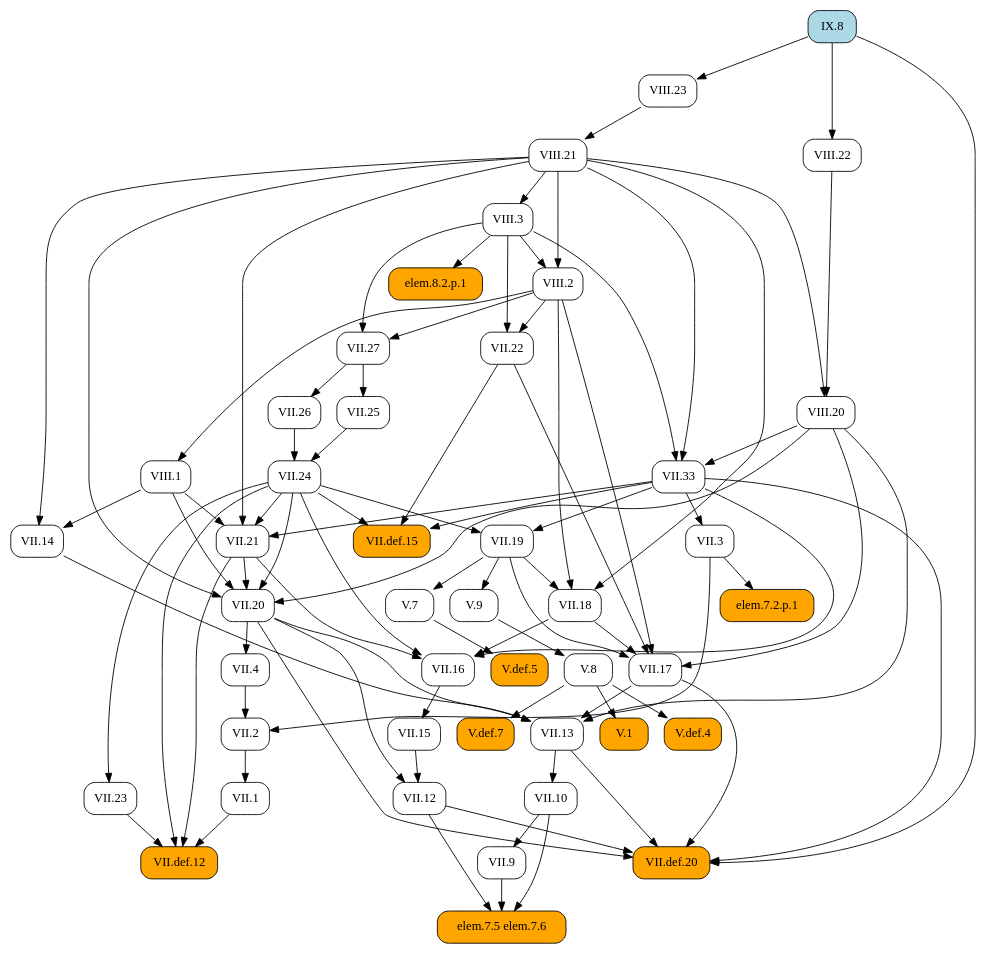
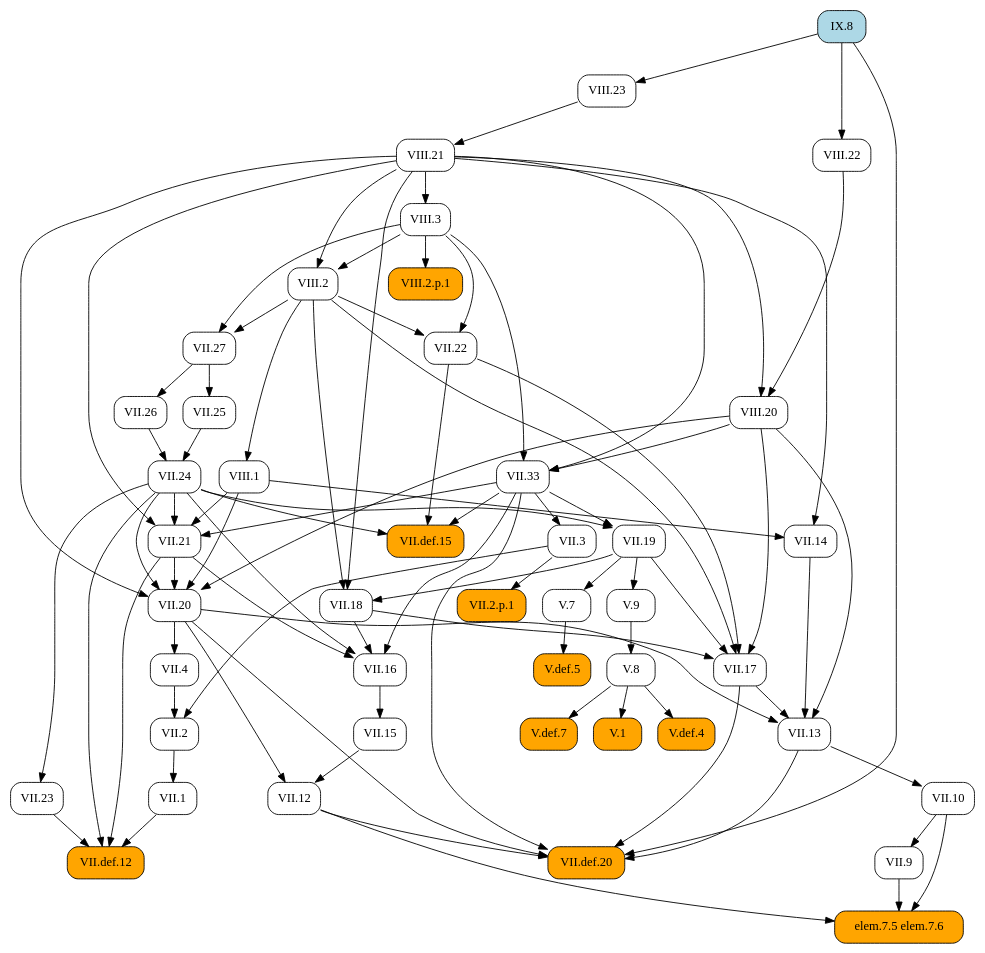
One commit to geometor/elements changed the diagram in docsrc/heath/IX/8/index.rst. Above: the diagram before and after it, drawn with Graphviz. The commit also changed 484 other files, not shown here.

```diff
--- a/docsrc/heath/IX/8/index.rst
+++ b/docsrc/heath/IX/8/index.rst
@@ -54,133 +54,133 @@
    digraph {
      rankdir="TB";
      node [shape=box, style=rounded];
-     "VII.1" [URL="/heath/VII/1/", target="_top"];
+     "VII.33" [URL="/heath/VII/33/", target="_top"];
+     "VII.12" [URL="/heath/VII/12/", target="_top"];
+     "IX.8" [style="rounded,filled", fillcolor=lightblue, URL="/heath/IX/8/", target="_top"];
+     "elem.7.5 elem.7.6" [style="rounded,filled", fillcolor=orange];
+     "VIII.20" [URL="/heath/VIII/20/", target="_top"];
      "VII.9" [URL="/heath/VII/9/", target="_top"];
+     "VIII.2" [URL="/heath/VIII/2/", target="_top"];
+     "VII.18" [URL="/heath/VII/18/", target="_top"];
+     "VII.16" [URL="/heath/VII/16/", target="_top"];
+     "V.7" [URL="/heath/V/7/", target="_top"];
+     "VII.26" [URL="/heath/VII/26/", target="_top"];
      "V.def.5" [style="rounded,filled", fillcolor=orange, URL="/heath/V/def.5/", target="_top"];
+     "V.9" [URL="/heath/V/9/", target="_top"];
+     "VII.10" [URL="/heath/VII/10/", target="_top"];
+     "VIII.3" [URL="/heath/VIII/3/", target="_top"];
+     "VII.13" [URL="/heath/VII/13/", target="_top"];
      "VIII.23" [URL="/heath/VIII/23/", target="_top"];
+     "VII.def.15" [style="rounded,filled", fillcolor=orange, URL="/heath/VII/def.15/", target="_top"];
      "VII.17" [URL="/heath/VII/17/", target="_top"];
-     "VII.3" [URL="/heath/VII/3/", target="_top"];
-     "elem.7.5 elem.7.6" [style="rounded,filled", fillcolor=orange];
+     "VII.19" [URL="/heath/VII/19/", target="_top"];
+     "VIII.2.p.1" [style="rounded,filled", fillcolor=orange];
+     "VII.2" [URL="/heath/VII/2/", target="_top"];
+     "VII.def.20" [style="rounded,filled", fillcolor=orange, URL="/heath/VII/def.20/", target="_top"];
+     "VII.2.p.1" [style="rounded,filled", fillcolor=orange];
+     "VII.15" [URL="/heath/VII/15/", target="_top"];
+     "V.def.4" [style="rounded,filled", fillcolor=orange, URL="/heath/V/def.4/", target="_top"];
+     "VIII.22" [URL="/heath/VIII/22/", target="_top"];
+     "V.def.7" [style="rounded,filled", fillcolor=orange, URL="/heath/V/def.7/", target="_top"];
      "VIII.21" [URL="/heath/VIII/21/", target="_top"];
-     "V.7" [URL="/heath/V/7/", target="_top"];
-     "V.9" [URL="/heath/V/9/", target="_top"];
-     "VII.13" [URL="/heath/VII/13/", target="_top"];
-     "VII.2" [URL="/heath/VII/2/", target="_top"];
-     "VIII.1" [URL="/heath/VIII/1/", target="_top"];
-     "VIII.2" [URL="/heath/VIII/2/", target="_top"];
-     "VII.12" [URL="/heath/VII/12/", target="_top"];
-     "VII.24" [URL="/heath/VII/24/", target="_top"];
-     "IX.8" [style="rounded,filled", fillcolor=lightblue, URL="/heath/IX/8/", target="_top"];
-     "VII.def.12" [style="rounded,filled", fillcolor=orange, URL="/heath/VII/def.12/", target="_top"];
-     "V.8" [URL="/heath/V/8/", target="_top"];
-     "VII.33" [URL="/heath/VII/33/", target="_top"];
-     "VIII.22" [URL="/heath/VIII/22/", target="_top"];
-     "elem.7.2.p.1" [style="rounded,filled", fillcolor=orange];
-     "VII.10" [URL="/heath/VII/10/", target="_top"];
-     "VII.def.15" [style="rounded,filled", fillcolor=orange, URL="/heath/VII/def.15/", target="_top"];
-     "VII.18" [URL="/heath/VII/18/", target="_top"];
-     "VII.19" [URL="/heath/VII/19/", target="_top"];
-     "VII.16" [URL="/heath/VII/16/", target="_top"];
-     "VII.26" [URL="/heath/VII/26/", target="_top"];
-     "VII.4" [URL="/heath/VII/4/", target="_top"];
-     "VII.25" [URL="/heath/VII/25/", target="_top"];
-     "VII.21" [URL="/heath/VII/21/", target="_top"];
-     "V.1" [style="rounded,filled", fillcolor=orange, URL="/heath/V/1/", target="_top"];
-     "VII.20" [URL="/heath/VII/20/", target="_top"];
      "VII.14" [URL="/heath/VII/14/", target="_top"];
      "VII.27" [URL="/heath/VII/27/", target="_top"];
-     "VIII.3" [URL="/heath/VIII/3/", target="_top"];
-     "V.def.4" [style="rounded,filled", fillcolor=orange, URL="/heath/V/def.4/", target="_top"];
+     "VII.21" [URL="/heath/VII/21/", target="_top"];
      "VII.22" [URL="/heath/VII/22/", target="_top"];
-     "VIII.20" [URL="/heath/VIII/20/", target="_top"];
-     "V.def.7" [style="rounded,filled", fillcolor=orange, URL="/heath/V/def.7/", target="_top"];
+     "VII.25" [URL="/heath/VII/25/", target="_top"];
+     "VIII.1" [URL="/heath/VIII/1/", target="_top"];
+     "VII.1" [URL="/heath/VII/1/", target="_top"];
+     "V.8" [URL="/heath/V/8/", target="_top"];
      "VII.23" [URL="/heath/VII/23/", target="_top"];
-     "VII.15" [URL="/heath/VII/15/", target="_top"];
-     "VII.def.20" [style="rounded,filled", fillcolor=orange, URL="/heath/VII/def.20/", target="_top"];
-     "elem.8.2.p.1" [style="rounded,filled", fillcolor=orange];
-     "VII.2" -> "VII.1";
+     "VII.4" [URL="/heath/VII/4/", target="_top"];
+     "VII.def.12" [style="rounded,filled", fillcolor=orange, URL="/heath/VII/def.12/", target="_top"];
+     "V.1" [style="rounded,filled", fillcolor=orange, URL="/heath/V/1/", target="_top"];
+     "VII.3" [URL="/heath/VII/3/", target="_top"];
+     "VII.24" [URL="/heath/VII/24/", target="_top"];
+     "VII.20" [URL="/heath/VII/20/", target="_top"];
+     "VIII.3" -> "VII.33";
+     "VIII.20" -> "VII.33";
+     "VIII.21" -> "VII.33";
+     "VII.15" -> "VII.12";
+     "VII.20" -> "VII.12";
+     "VII.9" -> "elem.7.5 elem.7.6";
+     "VII.10" -> "elem.7.5 elem.7.6";
+     "VII.12" -> "elem.7.5 elem.7.6";
+     "VIII.21" -> "VIII.20";
+     "VIII.22" -> "VIII.20";
      "VII.10" -> "VII.9";
+     "VIII.3" -> "VIII.2";
+     "VIII.21" -> "VIII.2";
+     "VII.19" -> "VII.18";
+     "VIII.2" -> "VII.18";
+     "VIII.21" -> "VII.18";
+     "VII.18" -> "VII.16";
+     "VII.21" -> "VII.16";
+     "VII.24" -> "VII.16";
+     "VII.33" -> "VII.16";
+     "VII.19" -> "V.7";
+     "VII.27" -> "VII.26";
      "V.7" -> "V.def.5";
+     "VII.19" -> "V.9";
+     "VII.13" -> "VII.10";
+     "VIII.21" -> "VIII.3";
+     "VII.14" -> "VII.13";
+     "VII.17" -> "VII.13";
+     "VII.20" -> "VII.13";
+     "VIII.20" -> "VII.13";
      "IX.8" -> "VIII.23";
+     "VII.22" -> "VII.def.15";
+     "VII.24" -> "VII.def.15";
+     "VII.33" -> "VII.def.15";
      "VII.18" -> "VII.17";
      "VII.19" -> "VII.17";
      "VII.22" -> "VII.17";
      "VIII.2" -> "VII.17";
      "VIII.20" -> "VII.17";
-     "VII.33" -> "VII.3";
-     "VII.9" -> "elem.7.5 elem.7.6";
-     "VII.10" -> "elem.7.5 elem.7.6";
-     "VII.12" -> "elem.7.5 elem.7.6";
-     "VIII.23" -> "VIII.21";
-     "VII.19" -> "V.7";
-     "VII.19" -> "V.9";
-     "VII.14" -> "VII.13";
-     "VII.17" -> "VII.13";
-     "VII.20" -> "VII.13";
-     "VIII.20" -> "VII.13";
+     "VII.24" -> "VII.19";
+     "VII.33" -> "VII.19";
+     "VIII.3" -> "VIII.2.p.1";
      "VII.3" -> "VII.2";
      "VII.4" -> "VII.2";
-     "VIII.2" -> "VIII.1";
-     "VIII.3" -> "VIII.2";
-     "VIII.21" -> "VIII.2";
-     "VII.15" -> "VII.12";
-     "VII.20" -> "VII.12";
-     "VII.25" -> "VII.24";
-     "VII.26" -> "VII.24";
-     "VII.1" -> "VII.def.12";
-     "VII.21" -> "VII.def.12";
-     "VII.23" -> "VII.def.12";
-     "VII.24" -> "VII.def.12";
-     "V.9" -> "V.8";
-     "VIII.3" -> "VII.33";
-     "VIII.20" -> "VII.33";
-     "VIII.21" -> "VII.33";
-     "IX.8" -> "VIII.22";
-     "VII.3" -> "elem.7.2.p.1";
-     "VII.13" -> "VII.10";
-     "VII.22" -> "VII.def.15";
-     "VII.24" -> "VII.def.15";
-     "VII.33" -> "VII.def.15";
-     "VII.19" -> "VII.18";
-     "VIII.2" -> "VII.18";
-     "VIII.21" -> "VII.18";
-     "VII.24" -> "VII.19";
-     "VII.33" -> "VII.19";
-     "VII.18" -> "VII.16";
-     "VII.21" -> "VII.16";
-     "VII.24" -> "VII.16";
-     "VII.33" -> "VII.16";
-     "VII.27" -> "VII.26";
-     "VII.20" -> "VII.4";
-     "VII.27" -> "VII.25";
-     "VII.24" -> "VII.21";
-     "VII.33" -> "VII.21";
-     "VIII.1" -> "VII.21";
-     "VIII.21" -> "VII.21";
-     "V.8" -> "V.1";
-     "VII.21" -> "VII.20";
-     "VII.24" -> "VII.20";
-     "VIII.1" -> "VII.20";
-     "VIII.20" -> "VII.20";
-     "VIII.21" -> "VII.20";
-     "VIII.1" -> "VII.14";
-     "VIII.21" -> "VII.14";
-     "VIII.2" -> "VII.27";
-     "VIII.3" -> "VII.27";
-     "VIII.21" -> "VIII.3";
-     "V.8" -> "V.def.4";
-     "VIII.2" -> "VII.22";
-     "VIII.3" -> "VII.22";
-     "VIII.21" -> "VIII.20";
-     "VIII.22" -> "VIII.20";
-     "V.8" -> "V.def.7";
-     "VII.24" -> "VII.23";
-     "VII.16" -> "VII.15";
      "VII.12" -> "VII.def.20";
      "VII.13" -> "VII.def.20";
      "VII.17" -> "VII.def.20";
      "VII.20" -> "VII.def.20";
      "VII.33" -> "VII.def.20";
      "IX.8" -> "VII.def.20";
-     "VIII.3" -> "elem.8.2.p.1";
+     "VII.3" -> "VII.2.p.1";
+     "VII.16" -> "VII.15";
+     "V.8" -> "V.def.4";
+     "IX.8" -> "VIII.22";
+     "V.8" -> "V.def.7";
+     "VIII.23" -> "VIII.21";
+     "VIII.1" -> "VII.14";
+     "VIII.21" -> "VII.14";
+     "VIII.2" -> "VII.27";
+     "VIII.3" -> "VII.27";
+     "VII.24" -> "VII.21";
+     "VII.33" -> "VII.21";
+     "VIII.1" -> "VII.21";
+     "VIII.21" -> "VII.21";
+     "VIII.2" -> "VII.22";
+     "VIII.3" -> "VII.22";
+     "VII.27" -> "VII.25";
+     "VIII.2" -> "VIII.1";
+     "VII.2" -> "VII.1";
+     "V.9" -> "V.8";
+     "VII.24" -> "VII.23";
+     "VII.20" -> "VII.4";
+     "VII.1" -> "VII.def.12";
+     "VII.21" -> "VII.def.12";
+     "VII.23" -> "VII.def.12";
+     "VII.24" -> "VII.def.12";
+     "V.8" -> "V.1";
+     "VII.33" -> "VII.3";
+     "VII.25" -> "VII.24";
+     "VII.26" -> "VII.24";
+     "VII.21" -> "VII.20";
+     "VII.24" -> "VII.20";
+     "VIII.1" -> "VII.20";
+     "VIII.20" -> "VII.20";
+     "VIII.21" -> "VII.20";
    }
```
